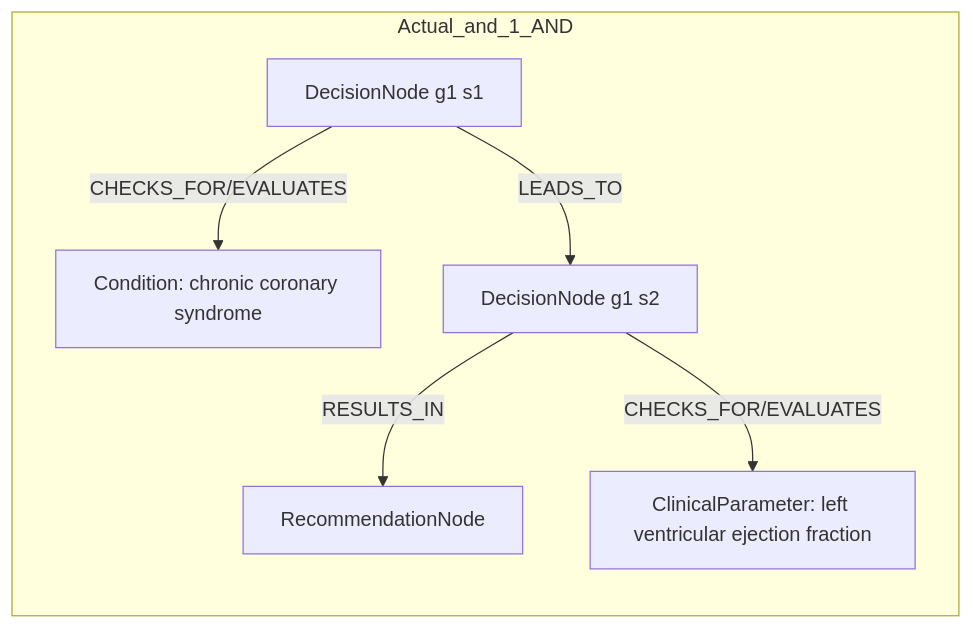
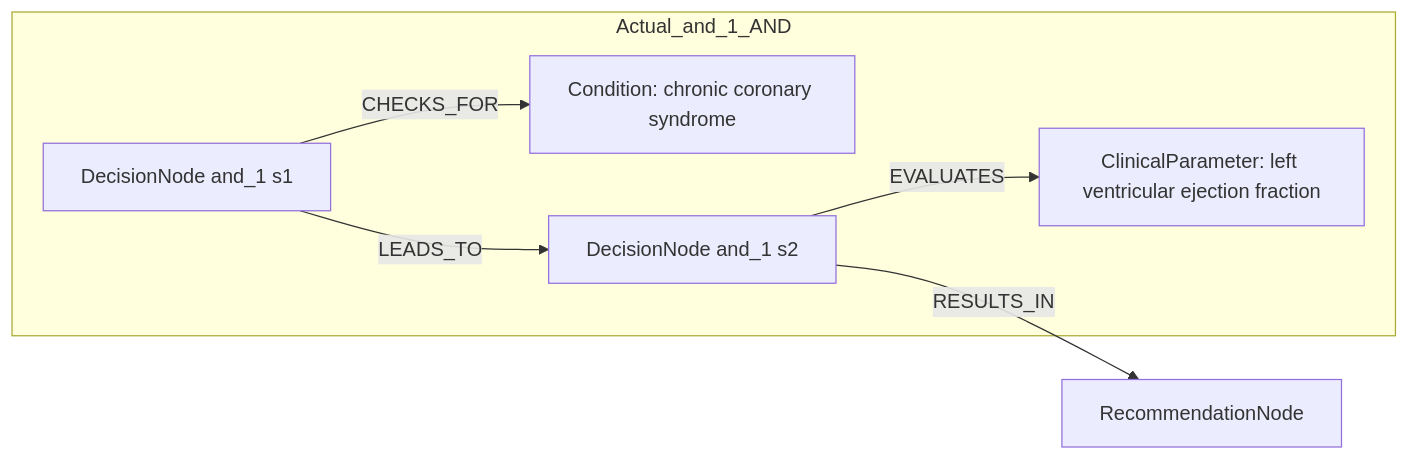
Before and after one commit to dieterich-lab/CardioGuidelinesGraph: the second of 2 diagrams in docs/table22_rows/row_07.md, drawn with Mermaid. The commit also changed other lines of this file and 18 other files, not shown here.

Commit message:
Update mermaid diagrams.

````diff
--- a/docs/table22_rows/row_07.md
+++ b/docs/table22_rows/row_07.md
@@ -170,14 +165,14 @@
 ```mermaid
 graph LR
+  REC[RecommendationNode]
   subgraph Actual_and_1_AND
-    REC[RecommendationNode]
-    D1[DecisionNode g1 s1]
-    C1[Condition: chronic coronary syndrome]
-    D1 -->|CHECKS_FOR/EVALUATES| C1
-    D2[DecisionNode g1 s2]
-    C2[ClinicalParameter: left ventricular ejection fraction]
-    D2 -->|CHECKS_FOR/EVALUATES| C2
-    D1 -->|LEADS_TO| D2
-    D2 -->|RESULTS_IN| REC
+    D_and_1_1[DecisionNode and_1 s1]
+    C_and_1_1[Condition: chronic coronary syndrome]
+    D_and_1_1 -->|CHECKS_FOR| C_and_1_1
+    D_and_1_2[DecisionNode and_1 s2]
+    C_and_1_2[ClinicalParameter: left ventricular ejection fraction]
+    D_and_1_2 -->|EVALUATES| C_and_1_2
+    D_and_1_1 -->|LEADS_TO| D_and_1_2
   end
+  D_and_1_2 -->|RESULTS_IN| REC
 ```
````
